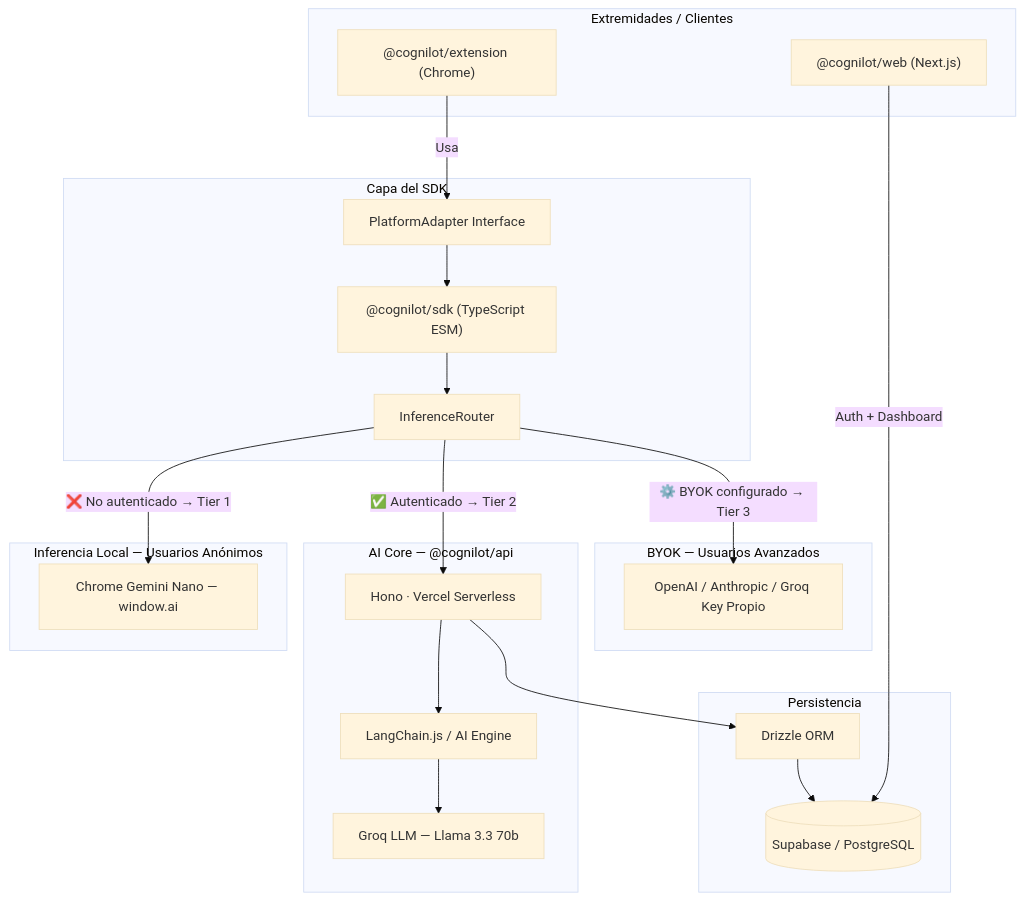
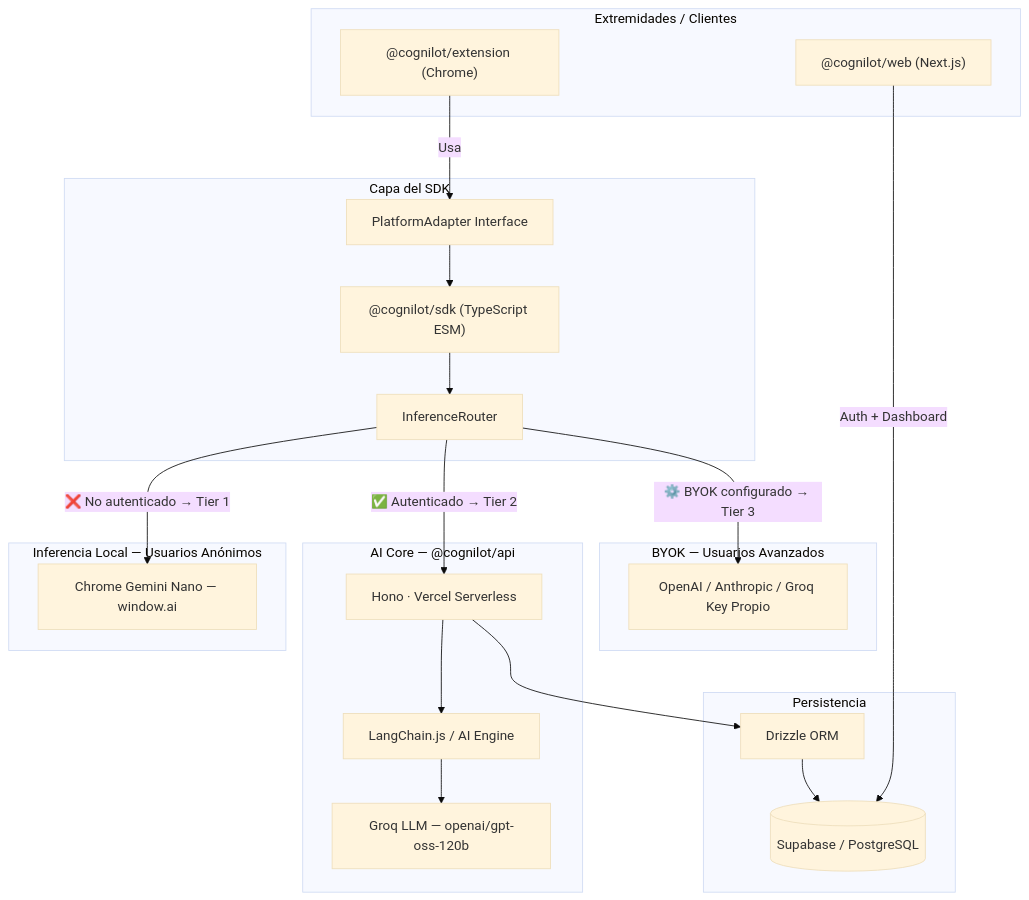
Before and after one commit to cognilot/cognilot: the first of 3 diagrams in docs/ARCHITECTURE.md, drawn with Mermaid (base theme). The commit also changed other lines of this file and 41 other files, not shown here.

````diff
--- a/docs/ARCHITECTURE.md
+++ b/docs/ARCHITECTURE.md
@@ -20,54 +20,54 @@
 ```mermaid
 graph TD
     %% Clientes (Capa de Presentación)
     subgraph Clientes [Extremidades / Clientes]
         WebExt["@cognilot/extension (Chrome)"]
         WebApp["@cognilot/web (Next.js)"]
     end
 
     %% SDK
     subgraph SDK_Layer [Capa del SDK]
         SDK["@cognilot/sdk (TypeScript ESM)"]
         InfRouter[InferenceRouter]
         PA[PlatformAdapter Interface]
     end
 
     %% Inferencia Local (Anónimos)
     subgraph LocalProc [Inferencia Local — Usuarios Anónimos]
         Nano[Chrome Gemini Nano — window.ai]
     end
 
     %% Backend Serverless
     subgraph Backend [AI Core — @cognilot/api]
         API[Hono · Vercel Serverless]
         LS[LangChain.js / AI Engine]
-        LLM[Groq LLM — Llama 3.3 70b]
+        LLM[Groq LLM — openai/gpt-oss-120b]
     end
 
     %% BYOK
     subgraph ThirdParty [BYOK — Usuarios Avanzados]
         BYOK[OpenAI / Anthropic / Groq Key Propio]
     end
 
     %% Base de Datos
     subgraph Database [Persistencia]
         DB[(Supabase / PostgreSQL)]
         Drizzle[Drizzle ORM]
     end
 
     %% Relaciones
     WebExt -->|Usa| PA
     WebApp -->|Auth + Dashboard| DB
 
     PA --> SDK
     SDK --> InfRouter
 
     InfRouter -->|"❌ No autenticado → Tier 1"| Nano
     InfRouter -->|"✅ Autenticado → Tier 2"| API
     InfRouter -->|"⚙️ BYOK configurado → Tier 3"| BYOK
 
     API --> LS
     LS --> LLM
     API --> Drizzle
     Drizzle --> DB
 ```
````
